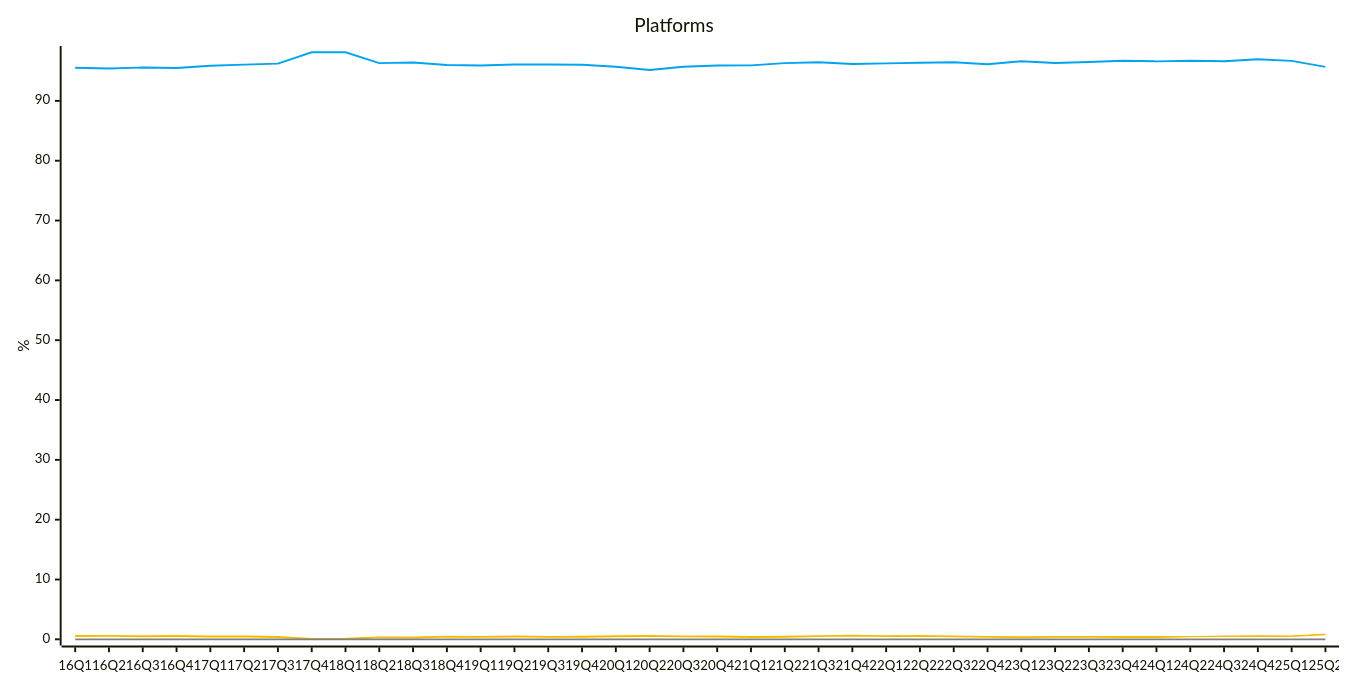
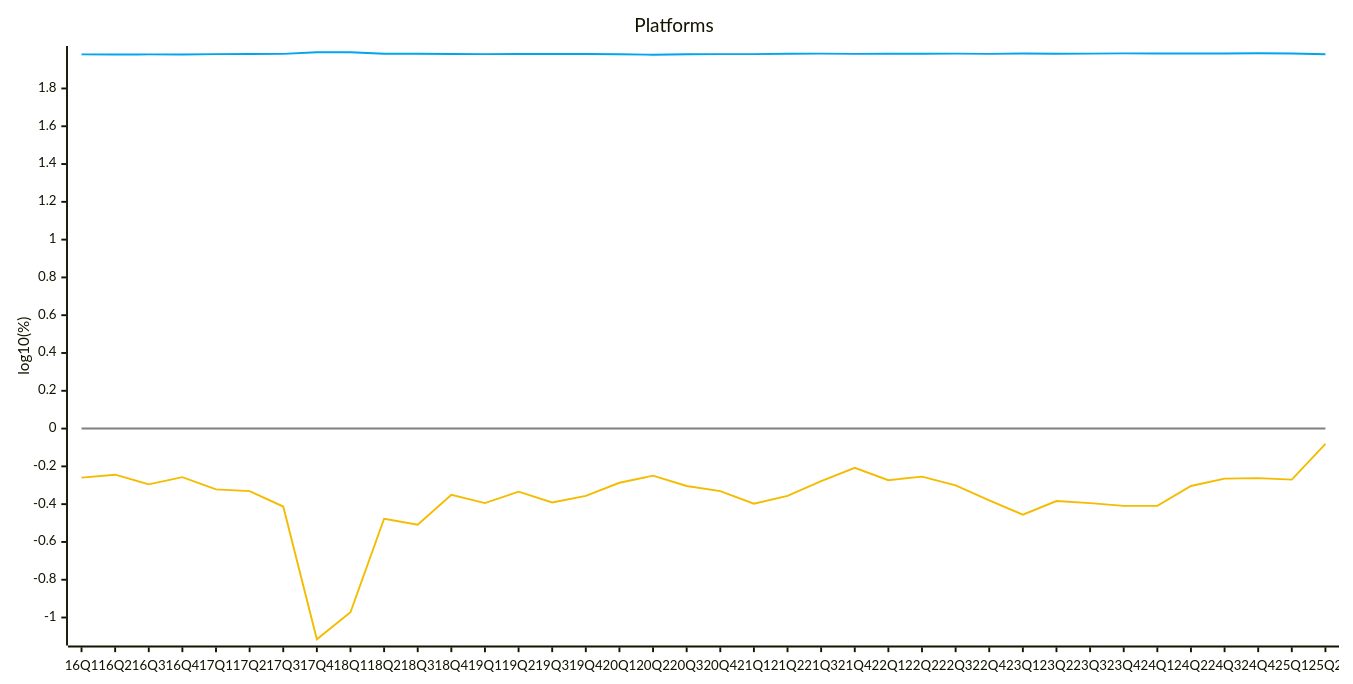
The tenth of 20 diagrams in README.md (jdegene/steamHWsurvey), drawn with Mermaid before and after one commit. The commit also changed other lines of this file and 1 other file, not shown here.

Commit message:
switched os to log10 scale for better comparison

````diff
--- a/README.md
+++ b/README.md
@@ -322,22 +325,22 @@
 ```mermaid
 ---
 config:
     xyChart:
         width: 1400
         height: 700
         
     themeVariables:
         xyChart:
             plotColorPalette: "#00A4EF,#F4BC00,#FFFFFF,#808080"
 
 --- 
 
 xychart-beta
     title "Platforms"
     x-axis [16Q1, 16Q2, 16Q3, 16Q4, 17Q1, 17Q2, 17Q3, 17Q4, 18Q1, 18Q2, 18Q3, 18Q4, 19Q1, 19Q2, 19Q3, 19Q4, 20Q1, 20Q2, 20Q3, 20Q4, 21Q1, 21Q2, 21Q3, 21Q4, 22Q1, 22Q2, 22Q3, 22Q4, 23Q1, 23Q2, 23Q3, 23Q4, 24Q1, 24Q2, 24Q3, 24Q4, 25Q1, 25Q2]
-    y-axis "%" 
-    line [95.54666666666667, 95.41666666666666, 95.57666666666668, 95.50333333333333, 95.87, 96.06666666666666, 96.22333333333334, 98.12333333333333, 98.13333333333333, 96.31, 96.41333333333333, 96.01, 95.90333333333334, 96.07333333333334, 96.08666666666666, 96.05, 95.71666666666667, 95.16, 95.69666666666666, 95.91333333333333, 95.94333333333334, 96.30666666666666, 96.46, 96.16333333333333, 96.26666666666667, 96.37, 96.45666666666666, 96.12666666666667, 96.62, 96.32333333333332, 96.49666666666667, 96.71333333333332, 96.61000000000001, 96.7, 96.63333333333334, 96.96333333333334, 96.68333333333334, 95.69000000000001]
-    line [0.55, 0.5700000000000001, 0.5066666666666666, 0.5533333333333333, 0.4766666666666666, 0.46666666666666673, 0.3866666666666666, 0.07666666666666667, 0.10666666666666667, 0.33333333333333337, 0.31, 0.44666666666666666, 0.4033333333333333, 0.4633333333333334, 0.4066666666666666, 0.44, 0.5166666666666666, 0.5633333333333334, 0.4966666666666667, 0.46666666666666673, 0.4, 0.44, 0.5266666666666667, 0.62, 0.5333333333333333, 0.5566666666666666, 0.5, 0.4166666666666667, 0.35, 0.41333333333333333, 0.4033333333333333, 0.38999999999999996, 0.38999999999999996, 0.4966666666666667, 0.5433333333333334, 0.5466666666666665, 0.5366666666666666, 0.83]
-    line [3.3099999999999996, 3.423333333333333, 3.1166666666666667, 3.2366666666666664, 2.94, 2.753333333333333, 2.7, 1.23, 1.2799999999999998, 2.7700000000000005, 2.5900000000000003, 2.8933333333333335, 3.013333333333333, 2.833333333333333, 2.7466666666666666, 2.7766666666666664, 3.0366666666666666, 3.5833333333333335, 3.04, 2.9733333333333336, 2.97, 2.6066666666666665, 2.29, 2.26, 2.2, 1.9733333333333336, 1.76, 1.8699999999999999, 1.6099999999999999, 1.5133333333333332, 0.98, 0.8, 0.7333333333333333, 0.7333333333333333, 0.7833333333333333, 0.8499999999999999, 0.8599999999999999, 1.17]
+    y-axis "log10(%)" 
+    line [1.9802155404383917, 1.979624240628282, 1.980351879987696, 1.9800185299398638, 1.9816827273712854, 1.982572721758308, 1.9832803974968953, 1.9917722931389528, 1.9918165509457988, 1.9836713828601966, 1.9841370981421773, 1.9823164696920652, 1.9818337023022028, 1.98260285912218, 1.982663127576607, 1.9824973691977124, 1.980987565897523, 1.9784544333652285, 1.9808968105721918, 1.9818789845490319, 1.9820148029679552, 1.9836563514685916, 1.9843472575858638, 1.9830095089762874, 1.983475934177939, 1.9839418589838882, 1.984332249569209, 1.982843882774237, 1.985067033150501, 1.9837315032246328, 1.9845123115481849, 1.9854863519931893, 1.9850220821095352, 1.9854264740830017, 1.985126960635335, 1.9866075369314276, 1.9853516150839534, 1.9808665545820792]
+    line [-0.2596373105057561, -0.24412514432750856, -0.2952776667748899, -0.25701316667960733, -0.3217852172546007, -0.33099321904142437, -0.412663265492744, -1.1153934187020695, -0.9719712763997564, -0.4771212547196624, -0.5086383061657274, -0.35001645635485484, -0.3943358844032124, -0.3341064544655673, -0.39076142404491426, -0.3565473235138126, -0.286789556549371, -0.24923455010598888, -0.30393498630738836, -0.33099321904142437, -0.3979400086720376, -0.3565473235138126, -0.27846416776523975, -0.20760831050174613, -0.27300127206373764, -0.2544047835720792, -0.3010299956639812, -0.38021124171160603, -0.4559319556497244, -0.38369956955742734, -0.3943358844032124, -0.40893539297350084, -0.40893539297350084, -0.30393498630738836, -0.26493365031570454, -0.26227740667196464, -0.2702953786878128, -0.08092190762392612]
+    line [0.5198279937757186, 0.5344491888776157, 0.49369035615285534, 0.5100979751883424, 0.46834733041215726, 0.4398587926007197, 0.43136376415898736, 0.08990511143939793, 0.1072099696478683, 0.44247976906444864, 0.41329976408125185, 0.46139847045682947, 0.4790471757557008, 0.45229767099463025, 0.43880595697745334, 0.44352374668712513, 0.4823971222533358, 0.5542872095319618, 0.48287358360875376, 0.4732435996564607, 0.4727564493172124, 0.41608549834018554, 0.359835482339888, 0.35410843914740087, 0.3424226808222063, 0.2952004520032574, 0.24551266781414982, 0.27184160653649897, 0.20682587603184968, 0.17993459813744145, -0.00877392430750515, -0.09691001300805639, -0.13469857389745624, -0.13469857389745624, -0.10605339244792618, -0.07058107428570734, -0.06550154875643234, 0.06818586174616162]
     line [0, 0, 0, 0, 0, 0, 0, 0, 0, 0, 0, 0, 0, 0, 0, 0, 0, 0, 0, 0, 0, 0, 0, 0, 0, 0, 0, 0, 0, 0, 0, 0, 0, 0, 0, 0, 0, 0]
 ``` 
````
